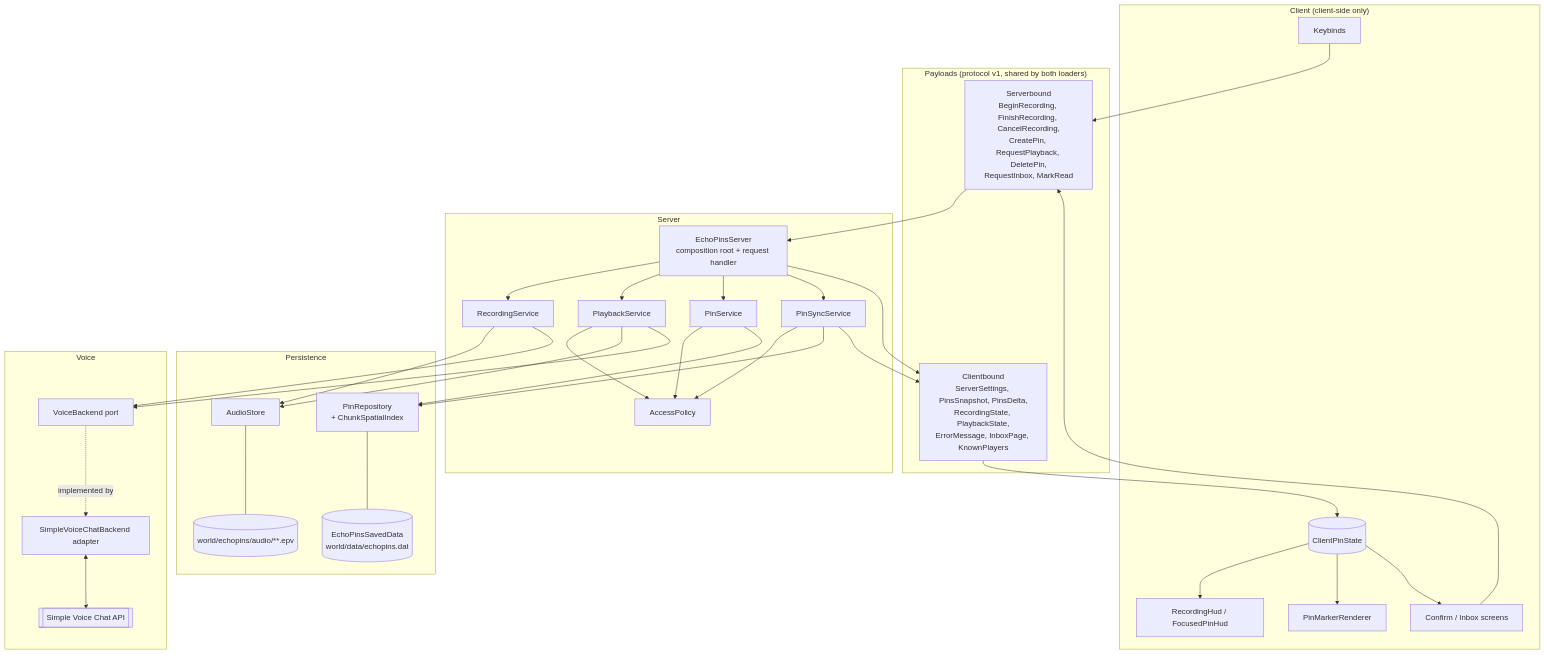
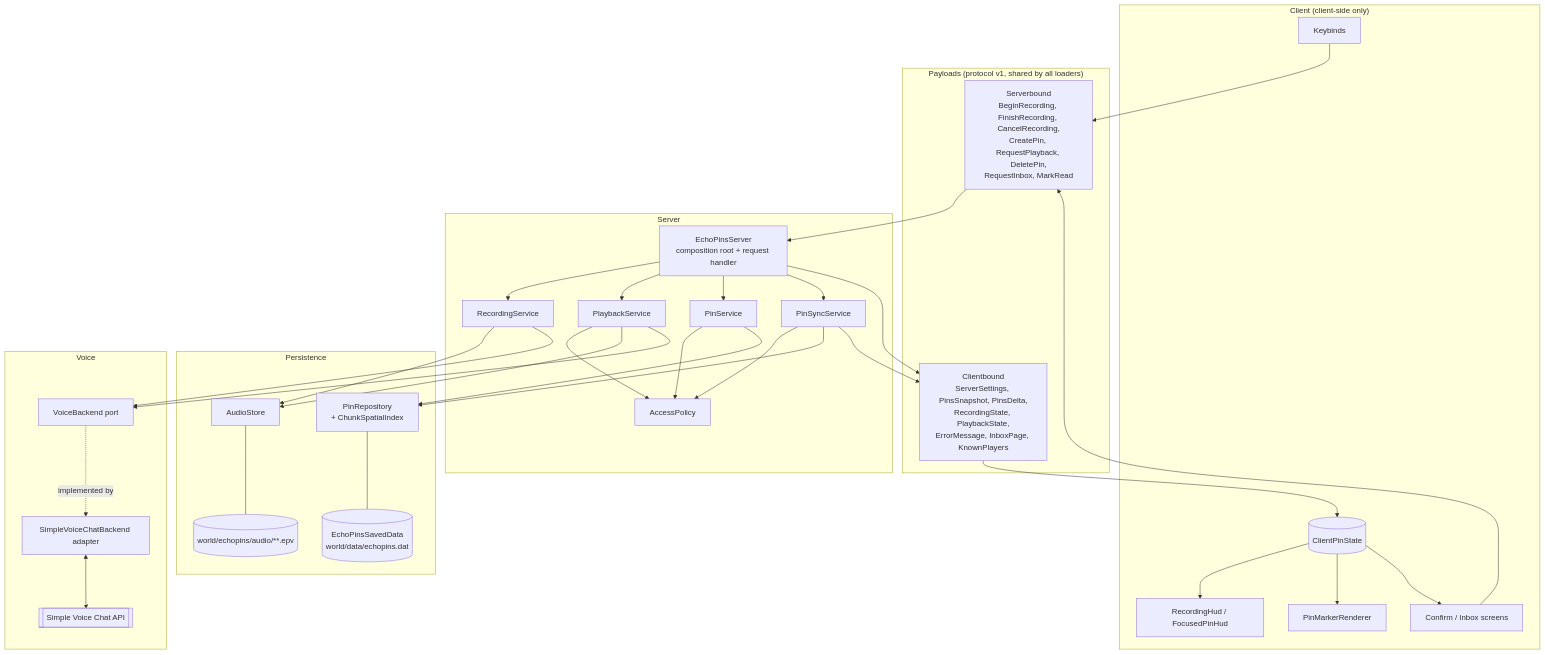
One commit to DarkJest/echopins changed the first of 4 diagrams in docs/ARCHITECTURE.md. Above: the diagram before and after it, drawn with Mermaid. The commit also changed other lines of this file and 65 other files, not shown here.

````diff
--- a/docs/ARCHITECTURE.md
+++ b/docs/ARCHITECTURE.md
@@ -82,59 +82,59 @@
 ```mermaid
 flowchart TB
     subgraph Client["Client (client-side only)"]
         KB[Keybinds]
         HUD[RecordingHud / FocusedPinHud]
         REN[PinMarkerRenderer]
         SCR[Confirm / Inbox screens]
         CS[(ClientPinState)]
     end
 
-    subgraph Net["Payloads (protocol v1, shared by both loaders)"]
+    subgraph Net["Payloads (protocol v1, shared by all loaders)"]
         SB[Serverbound<br/>BeginRecording, FinishRecording, CancelRecording,<br/>CreatePin, RequestPlayback, DeletePin,<br/>RequestInbox, MarkRead]
         CB[Clientbound<br/>ServerSettings, PinsSnapshot, PinsDelta,<br/>RecordingState, PlaybackState,<br/>ErrorMessage, InboxPage, KnownPlayers]
     end
 
     subgraph Server["Server"]
         ROOT[EchoPinsServer<br/>composition root + request handler]
         RS[RecordingService]
         PS[PlaybackService]
         PIN[PinService]
         SYNC[PinSyncService]
         ACL[AccessPolicy]
     end
 
     subgraph Store["Persistence"]
         REPO[PinRepository<br/>+ ChunkSpatialIndex]
         SD[(EchoPinsSavedData<br/>world/data/echopins.dat)]
         AS[AudioStore]
         FS[(world/echopins/audio/**.epv)]
     end
 
     subgraph Voice["Voice"]
         VB[VoiceBackend port]
         SVC[SimpleVoiceChatBackend adapter]
         API[[Simple Voice Chat API]]
     end
 
     KB --> SB
     SCR --> SB
     SB --> ROOT
     ROOT --> RS & PS & PIN & SYNC
     PIN --> ACL
     PS --> ACL
     SYNC --> ACL
     PIN --> REPO
     SYNC --> REPO
     REPO --- SD
     RS --> AS
     PS --> AS
     AS --- FS
     RS --> VB
     PS --> VB
     VB -.implemented by.-> SVC
     SVC <--> API
     ROOT --> CB
     SYNC --> CB
     CB --> CS
     CS --> HUD & REN & SCR
 ```
````
